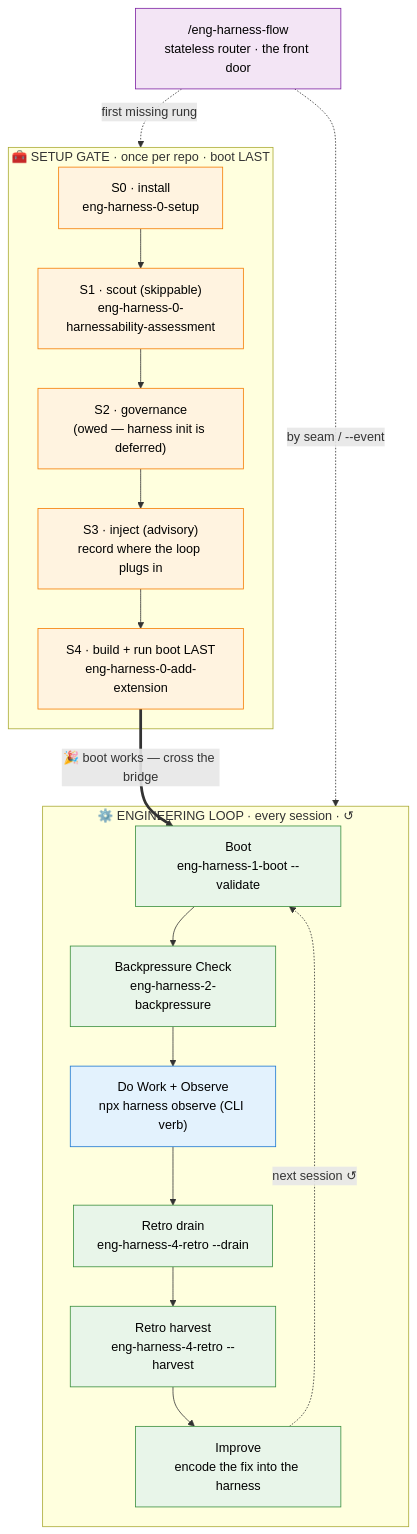
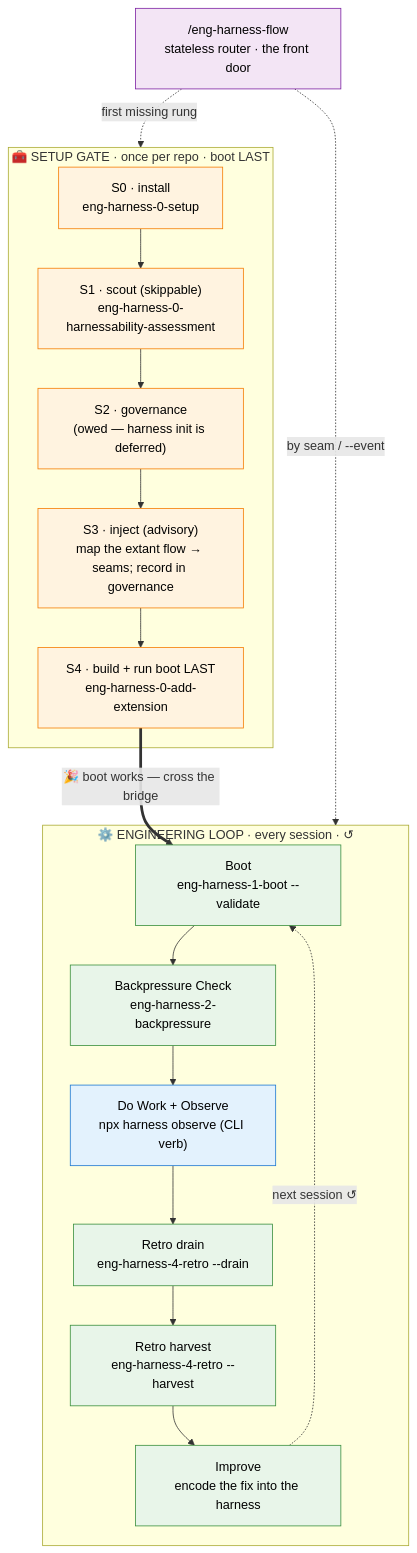
The first of 3 diagrams in skills/eng-harness-loop/eng-harness-flow/references/getting-started.md (AI-Substrate/harness-engineering), drawn with Mermaid before and after one commit. The commit also changed other lines of this file and 6 other files, not shown here.

````diff
--- a/skills/eng-harness-loop/eng-harness-flow/references/getting-started.md
+++ b/skills/eng-harness-loop/eng-harness-flow/references/getting-started.md
@@ -18,33 +18,33 @@
 ```mermaid
 flowchart TB
     classDef setup fill:#fff3e0,stroke:#f57c00,color:#000
     classDef loop fill:#e8f5e9,stroke:#388e3c,color:#000
     classDef router fill:#f3e5f5,stroke:#7b1fa2,color:#000
     classDef verb fill:#e3f2fd,stroke:#1976d2,color:#000
 
     R["/eng-harness-flow<br/>stateless router · the front door"]:::router
 
     subgraph setupzone["🧰 SETUP GATE · once per repo · boot LAST"]
         S0["S0 · install<br/>eng-harness-0-setup"]:::setup
         S1["S1 · scout (skippable)<br/>eng-harness-0-harnessability-assessment"]:::setup
         S2["S2 · governance<br/>(owed — harness init is deferred)"]:::setup
-        S3["S3 · inject (advisory)<br/>record where the loop plugs in"]:::setup
+        S3["S3 · inject (advisory)<br/>map the extant flow → seams; record in governance"]:::setup
         S4["S4 · build + run boot LAST<br/>eng-harness-0-add-extension"]:::setup
     end
 
     subgraph loopzone["⚙️ ENGINEERING LOOP · every session · ↺"]
         B["Boot<br/>eng-harness-1-boot --validate"]:::loop
         BP["Backpressure Check<br/>eng-harness-2-backpressure"]:::loop
         O["Do Work + Observe<br/>npx harness observe (CLI verb)"]:::verb
         RD["Retro drain<br/>eng-harness-4-retro --drain"]:::loop
         RH["Retro harvest<br/>eng-harness-4-retro --harvest"]:::loop
         I["Improve<br/>encode the fix into the harness"]:::loop
     end
 
     R -.->|first missing rung| setupzone
     R -.->|by seam / --event| loopzone
     S0 --> S1 --> S2 --> S3 --> S4
     S4 ==>|"🎉 boot works — cross the bridge"| B
     B --> BP --> O --> RD --> RH --> I
     I -.->|next session ↺| B
 ```
````
